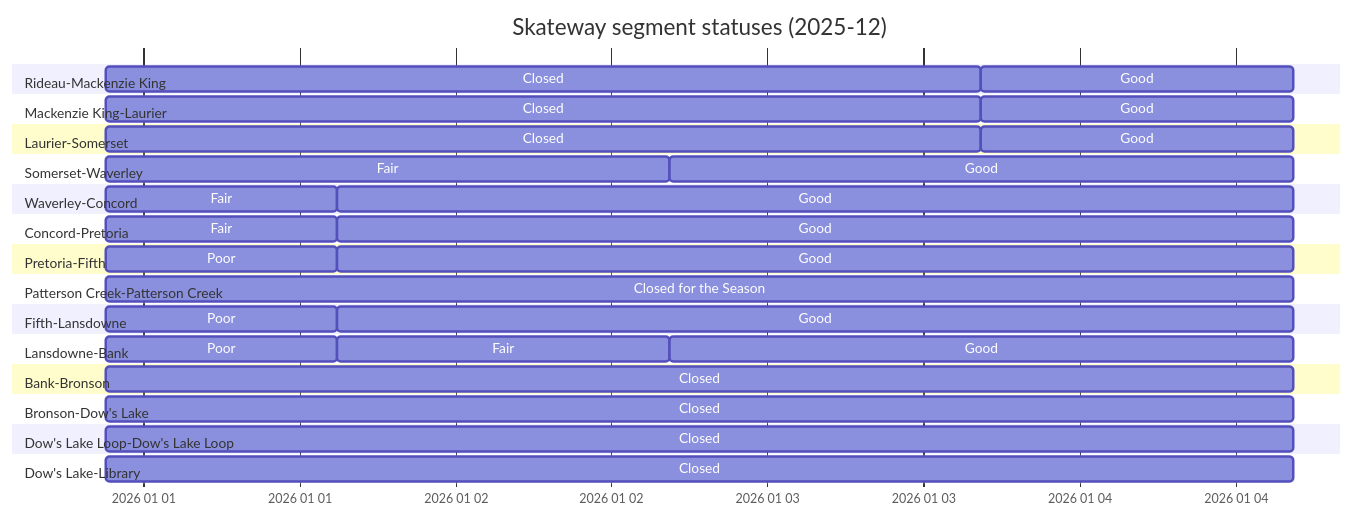
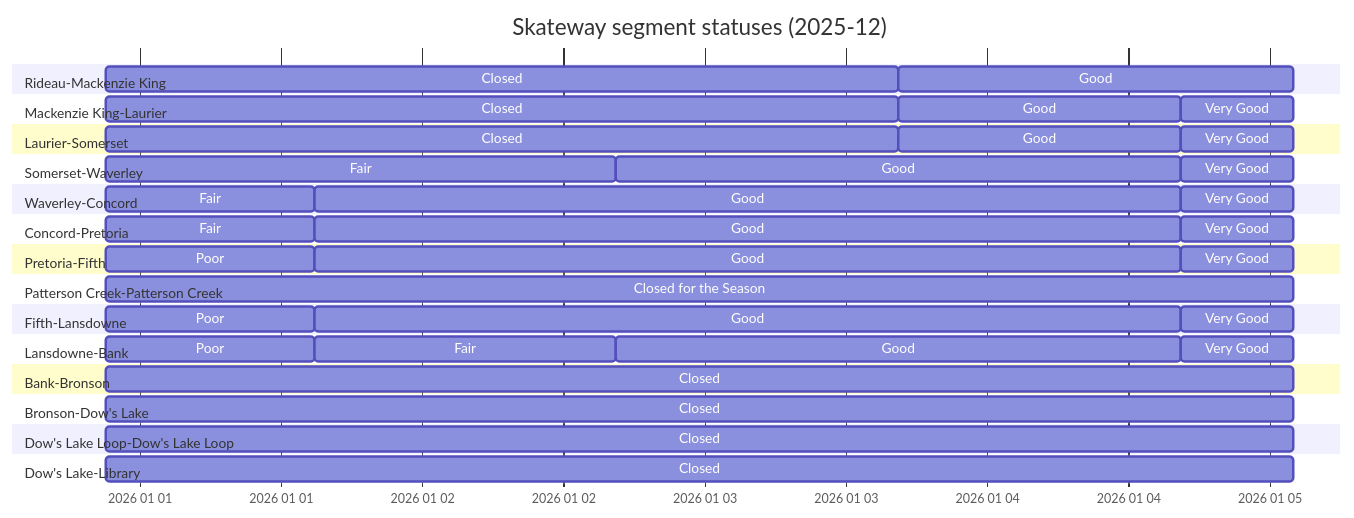
The diagram in gantt.md (PatLittle/skateway_data), drawn with Mermaid before and after one commit. The commit also changed 2 other files, not shown here.

````diff
--- a/gantt.md
+++ b/gantt.md
@@ -2,54 +2,62 @@
 ```mermaid
 ---
 topAxis: true
 displayMode: compact
 config:
   themeCSS: " #vg { fill: Green } #g {fill: yellow} #f {fill: orange} #p {fill: red}      \n
 #c {fill: Black} #cs {fill: Black} #sc {fill: White} #wo {fill: saddlebrown} \n
             text[id^=cs] { fill: red; } text[id^=sc] { fill: red; }
         "
 ---
 
 gantt
   title Skateway segment statuses (2025-12)
   dateFormat  YYYY-MM-DD HH:mm:ss
   axisFormat  %Y %m %d
   section Rideau-Mackenzie King
   Closed: c, 2025-12-31 21:07:33, 2026-01-03 16:27:35
-  Good: g, 2026-01-03 16:27:35, 2026-01-04 16:26:52
+  Good: g, 2026-01-03 16:27:35, 2026-01-05 02:01:05
   section Mackenzie King-Laurier
   Closed: c, 2025-12-31 21:07:33, 2026-01-03 16:27:35
   Good: g, 2026-01-03 16:27:35, 2026-01-04 16:26:52
+  Very Good: vg, 2026-01-04 16:26:52, 2026-01-05 02:01:05
   section Laurier-Somerset
   Closed: c, 2025-12-31 21:07:33, 2026-01-03 16:27:35
   Good: g, 2026-01-03 16:27:35, 2026-01-04 16:26:52
+  Very Good: vg, 2026-01-04 16:26:52, 2026-01-05 02:01:05
   section Somerset-Waverley
   Fair: f, 2025-12-31 21:07:33, 2026-01-02 16:28:08
   Good: g, 2026-01-02 16:28:08, 2026-01-04 16:26:52
+  Very Good: vg, 2026-01-04 16:26:52, 2026-01-05 02:01:05
   section Waverley-Concord
   Fair: f, 2025-12-31 21:07:33, 2026-01-01 14:52:27
   Good: g, 2026-01-01 14:52:27, 2026-01-04 16:26:52
+  Very Good: vg, 2026-01-04 16:26:52, 2026-01-05 02:01:05
   section Concord-Pretoria
   Fair: f, 2025-12-31 21:07:33, 2026-01-01 14:52:27
   Good: g, 2026-01-01 14:52:27, 2026-01-04 16:26:52
+  Very Good: vg, 2026-01-04 16:26:52, 2026-01-05 02:01:05
   section Pretoria-Fifth
   Poor: p, 2025-12-31 21:07:33, 2026-01-01 14:52:27
   Good: g, 2026-01-01 14:52:27, 2026-01-04 16:26:52
+  Very Good: vg, 2026-01-04 16:26:52, 2026-01-05 02:01:05
   section Patterson Creek-Patterson Creek
-  Closed for the Season: cs, 2025-12-31 21:07:33, 2026-01-04 16:26:52
+  Closed for the Season: cs, 2025-12-31 21:07:33, 2026-01-05 02:01:05
   section Fifth-Lansdowne
   Poor: p, 2025-12-31 21:07:33, 2026-01-01 14:52:27
   Good: g, 2026-01-01 14:52:27, 2026-01-04 16:26:52
+  Very Good: vg, 2026-01-04 16:26:52, 2026-01-05 02:01:05
   section Lansdowne-Bank
   Poor: p, 2025-12-31 21:07:33, 2026-01-01 14:52:27
   Fair: f, 2026-01-01 14:52:27, 2026-01-02 16:28:08
   Good: g, 2026-01-02 16:28:08, 2026-01-04 16:26:52
+  Very Good: vg, 2026-01-04 16:26:52, 2026-01-05 02:01:05
   section Bank-Bronson
-  Closed: c, 2025-12-31 21:07:33, 2026-01-04 16:26:52
+  Closed: c, 2025-12-31 21:07:33, 2026-01-05 02:01:05
   section Bronson-Dow's Lake
-  Closed: c, 2025-12-31 21:07:33, 2026-01-04 16:26:52
+  Closed: c, 2025-12-31 21:07:33, 2026-01-05 02:01:05
   section Dow's Lake Loop-Dow's Lake Loop
-  Closed: c, 2025-12-31 21:07:33, 2026-01-04 16:26:52
+  Closed: c, 2025-12-31 21:07:33, 2026-01-05 02:01:05
   section Dow's Lake-Library
-  Closed: c, 2025-12-31 21:07:33, 2026-01-04 16:26:52
+  Closed: c, 2025-12-31 21:07:33, 2026-01-05 02:01:05
 ```
````
